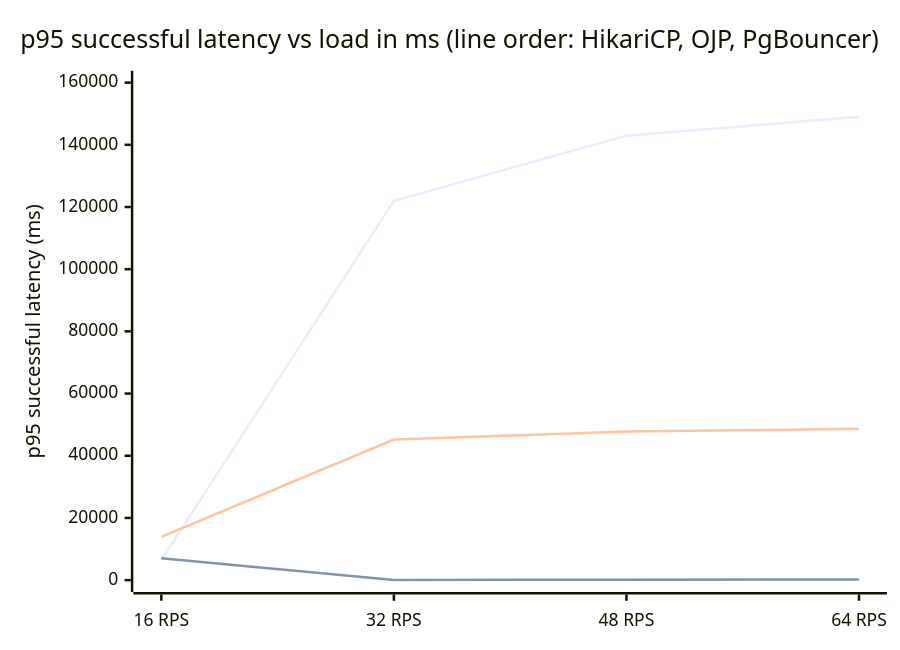
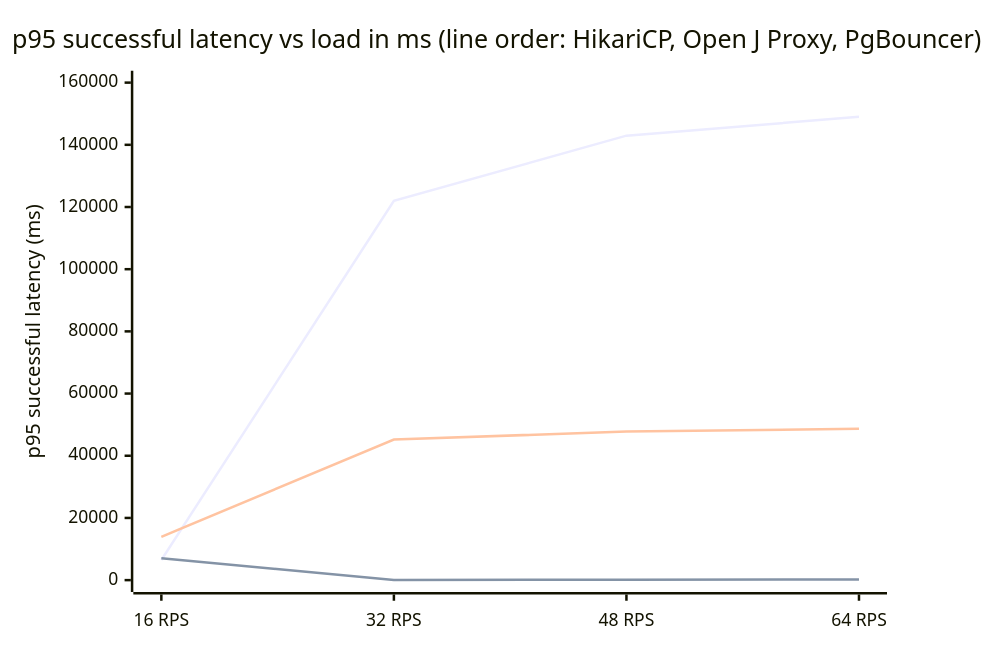
Before and after one commit to rrobetti/stressum: the fifth of 7 diagrams in article.md, drawn with Mermaid. The commit also changed other lines of this file, not shown here.

Commit message:
docs: replace OJP with Open J Proxy throughout article

````diff
--- a/article.md
+++ b/article.md
@@ -128,9 +128,9 @@
 ```mermaid
 xychart-beta
-    title "p95 successful latency vs load in ms (line order: HikariCP, OJP, PgBouncer)"
+    title "p95 successful latency vs load in ms (line order: HikariCP, Open J Proxy, PgBouncer)"
     x-axis ["16 RPS", "32 RPS", "48 RPS", "64 RPS"]
     y-axis "p95 successful latency (ms)" 0 --> 160000
     line [6472, 121966, 142947, 148990]
     line [7052, 49, 147, 230]
     line [13931, 45210, 47779, 48644]
 ```
````
